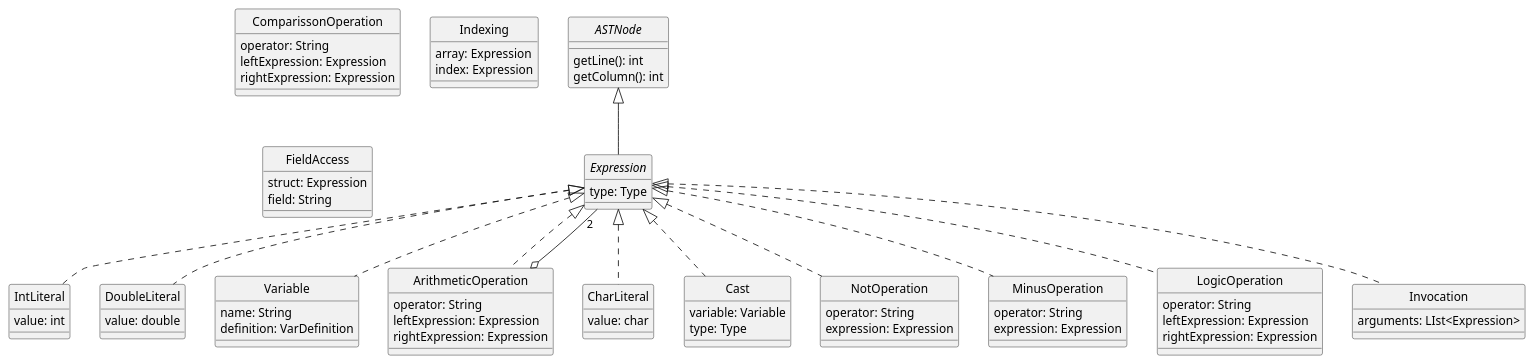
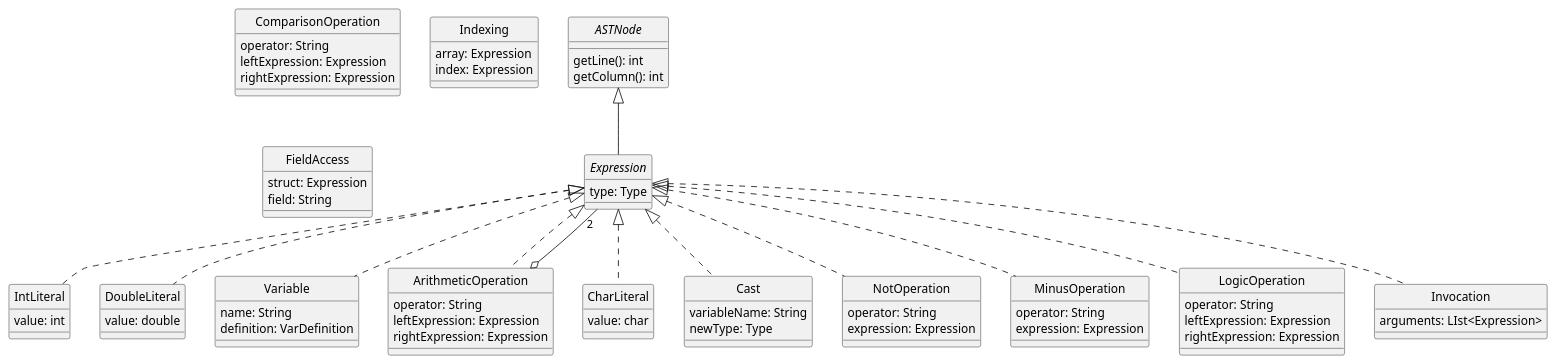
The diagram in docs/diagrams/expressions.plantuml (DavidGonzalezFernandez/dlp-compiler), drawn with PlantUML before and after one commit.

Commit message:
Diagrama expressions: añado clases faltantes

```diff
--- a/docs/diagrams/expressions.plantuml
+++ b/docs/diagrams/expressions.plantuml
@@ -1,94 +1,95 @@
 @startuml Expressions
 skinparam style strictuml
 skinparam monochrome true
 
 
 interface ASTNode {
     getLine(): int
     getColumn(): int
 }
 
 interface Expression {
     type: Type
 }
 
 class IntLiteral {
     value: int
 }
 
 class DoubleLiteral {
     value: double
 }
 
 class Variable {
     name: String
     definition: VarDefinition
 }
 
 class ArithmeticOperation {
     operator: String
     leftExpression: Expression
     rightExpression: Expression
 }
 
 class CharLiteral {
     value: char
 }
 
+' La conversión explícita a tipos simples se podrá realizar usando la palabra clave as
 class Cast {
-    variable: Variable
-    type: Type
+    variableName: String
+    newType: Type   /'Tiene que ser de tipo simple'/
 }
 
 class NotOperation {
     operator: String
     expression: Expression
 }
 
 class MinusOperation {
-    operator: String
+    operator: String    /'TODO comprobar si de verdad hace falta'/
     expression: Expression
 }
 
 class LogicOperation {
     operator: String
     leftExpression: Expression
     rightExpression: Expression
 }
 
-class ComparissonOperation {
+class ComparisonOperation {
     operator: String
     leftExpression: Expression
     rightExpression: Expression
 }
 
 class Invocation {
     arguments: LIst<Expression>
 }
 
 class Indexing {
     array: Expression
     index: Expression
 }
 
 class FieldAccess {
     struct: Expression
     field: String
 }
 
 ASTNode <|-- Expression
 Expression <|.. IntLiteral
 Expression <|.. DoubleLiteral
 Expression <|.. CharLiteral
 Expression <|.. Variable
 Expression <|.. NotOperation
 Expression <|.. MinusOperation
 Expression <|.. LogicOperation
 Expression <|.. ArithmeticOperation
 Expression <|.. Invocation
 Expression <|.. Cast
 
 ArithmeticOperation o-- "2" Expression
 
 
 @enduml
```
